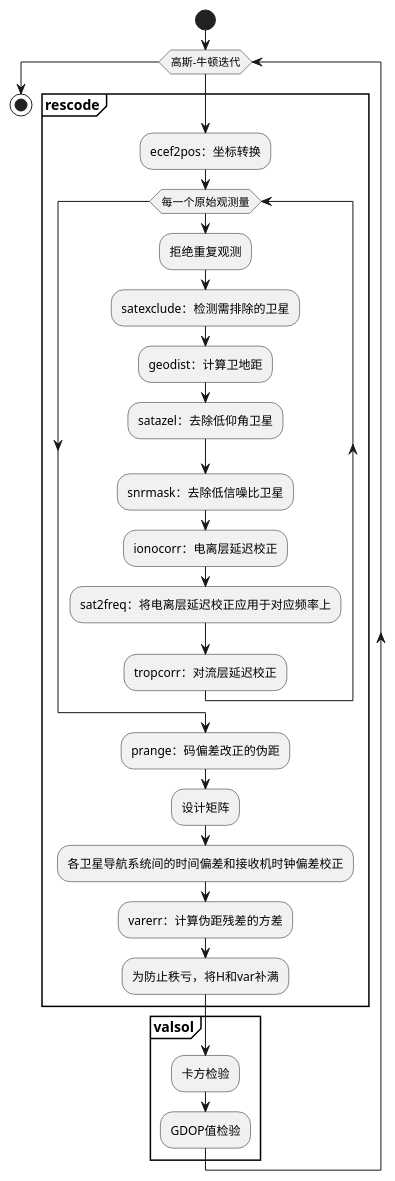
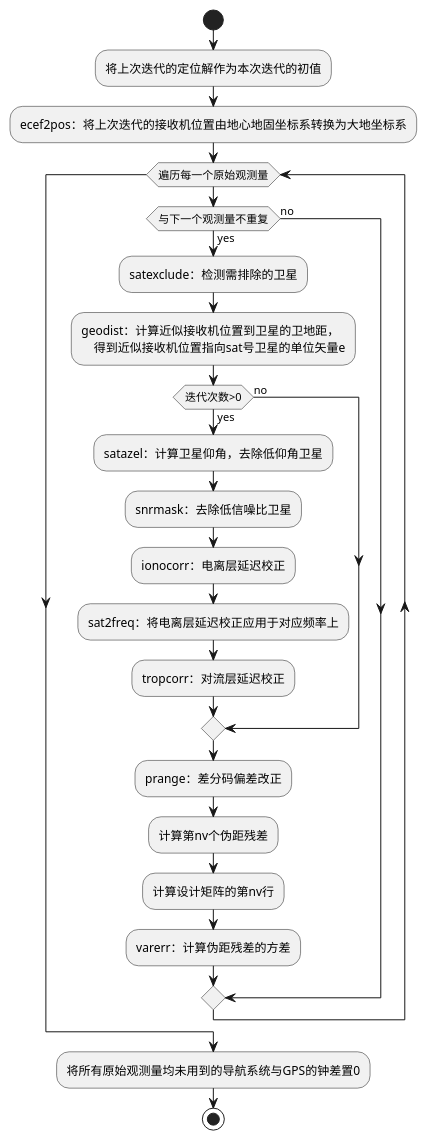
One commit to iGNSS/RTKLIB-trimmed changed the third of 3 diagrams in notes/pntpos.md. Above: the diagram before and after it, drawn with PlantUML. The commit also changed other lines of this file and 2 other files, not shown here.

````diff
--- a/notes/pntpos.md
+++ b/notes/pntpos.md
@@ -44,35 +80,36 @@
 ```plantuml
 @startuml
 start
 
-while (高斯-牛顿迭代)
-    partition **rescode** {
-        :ecef2pos：坐标转换;
+:将上次迭代的定位解作为本次迭代的初值;
+:ecef2pos：将上次迭代的接收机位置由地心地固坐标系转换为大地坐标系;
 
-        while (每一个原始观测量)
-            :拒绝重复观测;
-            :satexclude：检测需排除的卫星;
-            :geodist：计算卫地距;
-            :satazel：去除低仰角卫星;
-            :snrmask：去除低信噪比卫星;
-            :ionocorr：电离层延迟校正;
-            :sat2freq：将电离层延迟校正应用于对应频率上;
-            :tropcorr：对流层延迟校正;
-        endwhile
+while (遍历每一个原始观测量)
 
-        :prange：码偏差改正的伪距;
-        :设计矩阵;
-        :各卫星导航系统间的时间偏差和接收机时钟偏差校正;
-        :varerr：计算伪距残差的方差;
-        :为防止秩亏，将H和var补满;
-    }
+    if (与下一个观测量不重复) then (yes)
+    :satexclude：检测需排除的卫星;
+    :geodist：计算近似接收机位置到卫星的卫地距，
+        得到近似接收机位置指向sat号卫星的单位矢量e;
 
-    partition **valsol** {
-        :卡方检验;
-        :GDOP值检验;
-    }
+    if (迭代次数>0) then (yes)
+        :satazel：计算卫星仰角，去除低仰角卫星;
+        :snrmask：去除低信噪比卫星;
+        :ionocorr：电离层延迟校正;
+        :sat2freq：将电离层延迟校正应用于对应频率上;
+        :tropcorr：对流层延迟校正;
+    else (no)
+    endif
+
+    :prange：差分码偏差改正;
+    :计算第nv个伪距残差;
+    :计算设计矩阵的第nv行;
+    :varerr：计算伪距残差的方差;
+    else (no)
+    endif
 endwhile
+
+:将所有原始观测量均未用到的导航系统与GPS的钟差置0;
 
 stop
 @enduml
 ```
````
